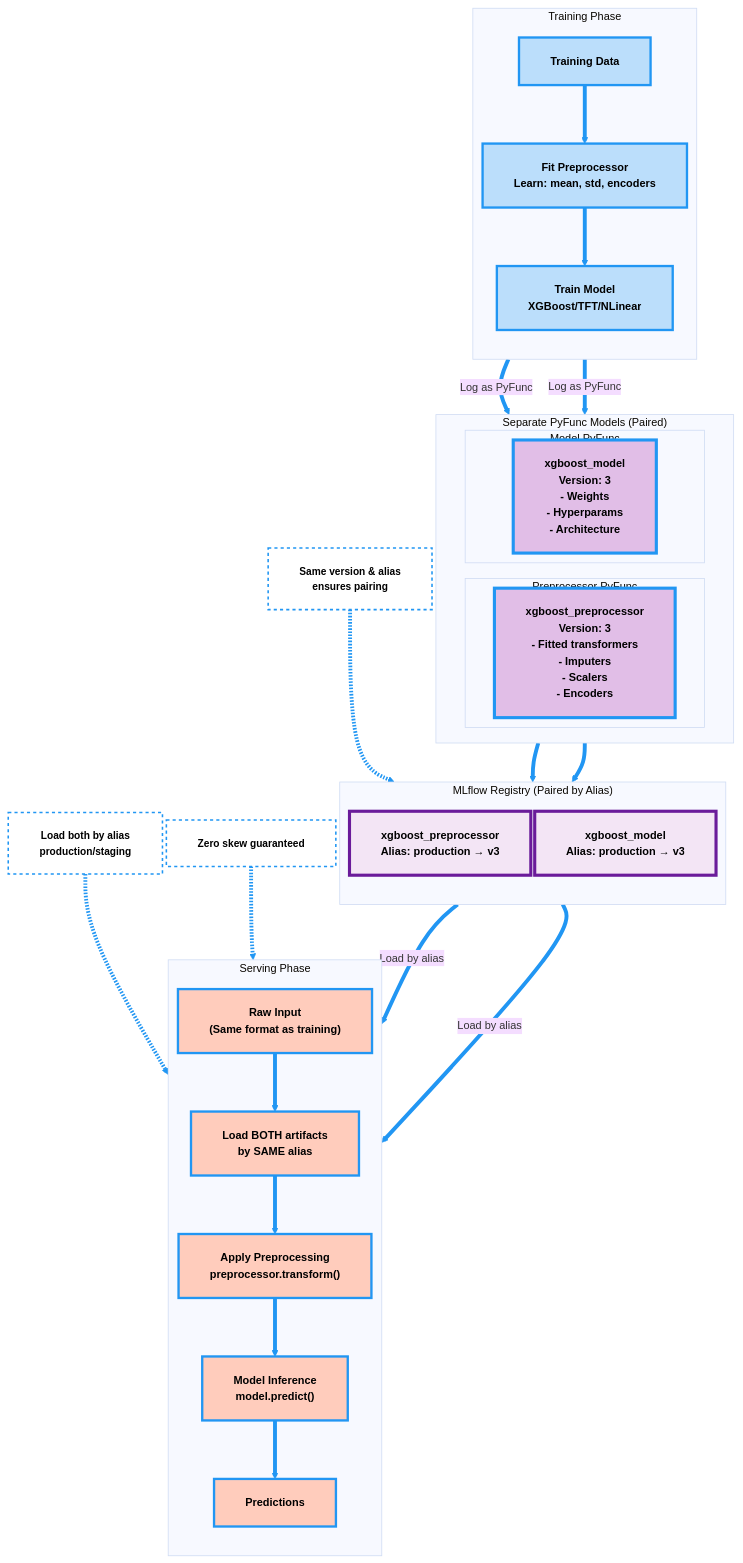
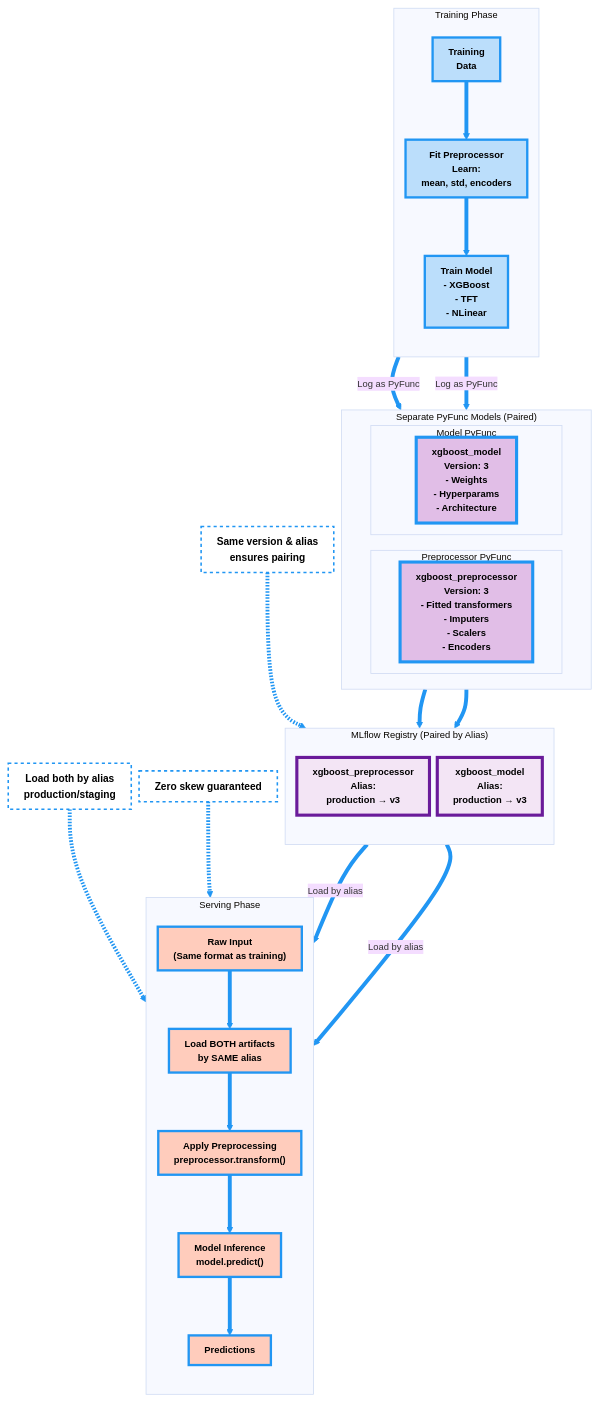
One commit to bambootran89/ml_pipeline_template changed the second of 5 diagrams in docs/architecture.md. Above: the diagram before and after it, drawn with Mermaid. The commit also changed other lines of this file and 1 other file, not shown here.

```diff
--- a/docs/architecture.md
+++ b/docs/architecture.md
@@ -96,14 +97,14 @@
 %%{init: {
   "theme": "base",
   "flowchart": {
-    "nodeSpacing": 5,
+    "nodeSpacing": 10,
     "rankSpacing": 50,
     "curve": "basis",
-    "padding": 20
+    "padding": 10
   },
   "themeVariables": {
     "fontFamily": "Inter, Arial, sans-serif",
-    "fontSize": "14px"
+    "fontSize": "12px"
   }
 }}%%
 flowchart TB
@@ -117,9 +118,9 @@
     %% Training Phase
     subgraph Training["Training Phase"]
         direction TB
-        TrainData["Training Data"]:::training
-        FitPreproc["Fit Preprocessor<br/>Learn: mean, std, encoders"]:::training
-        TrainModel["Train Model<br/>XGBoost/TFT/NLinear"]:::training
+        TrainData["Training <br/>Data"]:::training
+        FitPreproc["Fit Preprocessor<br/>Learn: <br/>mean, std, encoders"]:::training
+        TrainModel["Train Model<br/>- XGBoost<br/>- TFT<br/>- NLinear"]:::training
     end
 
     %% Separate PyFunc Artifacts
@@ -138,8 +139,9 @@
     %% MLflow Registry
     subgraph Registry["MLflow Registry (Paired by Alias)"]
         direction TB
-        PrepReg["xgboost_preprocessor<br/>Alias: production → v3"]:::registry
-        ModelReg["xgboost_model<br/>Alias: production → v3"]:::registry
+        PrepReg["xgboost_preprocessor<br/>Alias:<br/> production → v3"]:::registry
+        ModelReg["xgboost_model<br/>Alias: <br/>production → v3"]:::registry
+
     end
 
     %% Serving Phase
```
